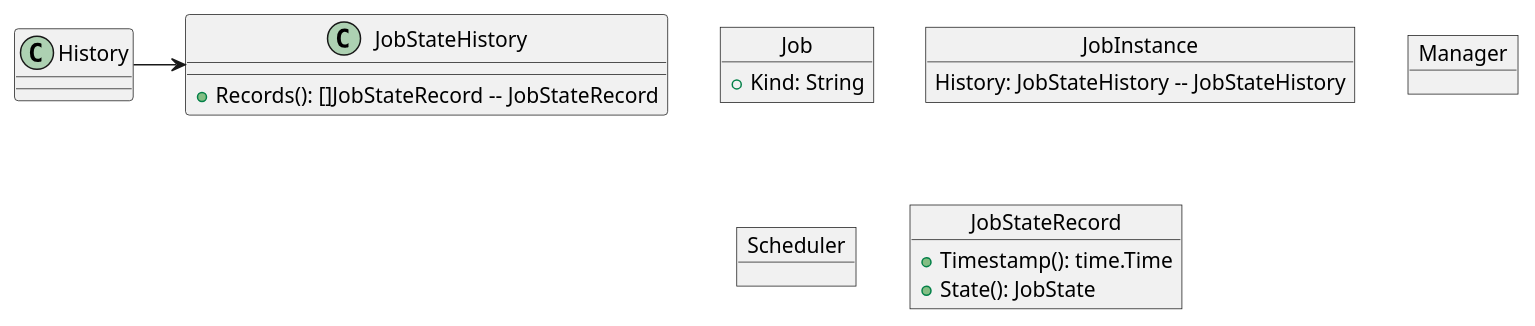
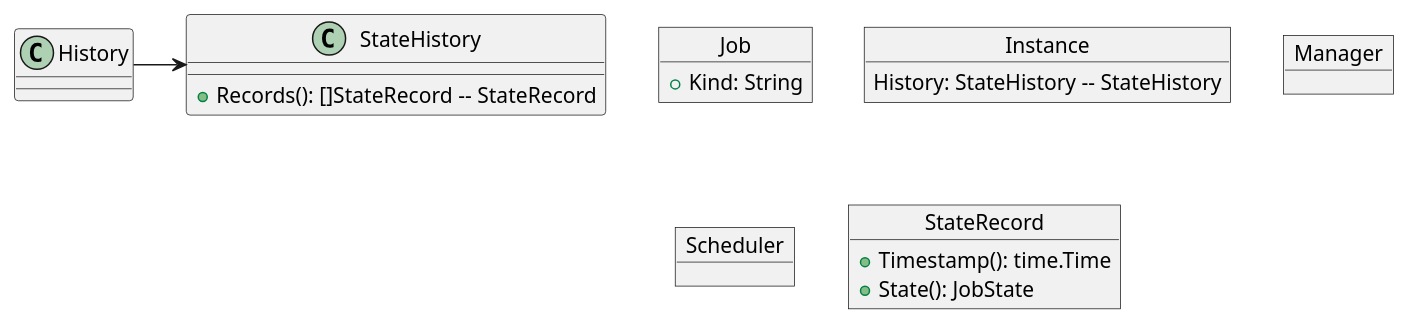
Before and after one commit to cybergarage/go-job: the diagram in doc/img/job_object.pu, drawn with PlantUML.

Commit message:
Update images

```diff
--- a/doc/img/job_object.pu
+++ b/doc/img/job_object.pu
@@ -1,28 +1,28 @@
 @startuml
 
-object Job{
+object Job {
   +Kind: String
 }
 
-object JobInstance {
-  History: JobStateHistory -- JobStateHistory
+object Instance {
+  History: StateHistory -- StateHistory
 }
 
-History -> JobStateHistory
+History -> StateHistory
 
 object Manager {
 }
 
 object Scheduler {
 }
 
-object JobStateHistory {
-  +Records(): []JobStateRecord -- JobStateRecord
+object StateHistory {
+  +Records(): []StateRecord -- StateRecord
 }
 
-object JobStateRecord {
+object StateRecord {
   +Timestamp(): time.Time
   +State(): JobState
 }
 
 @enduml
```
